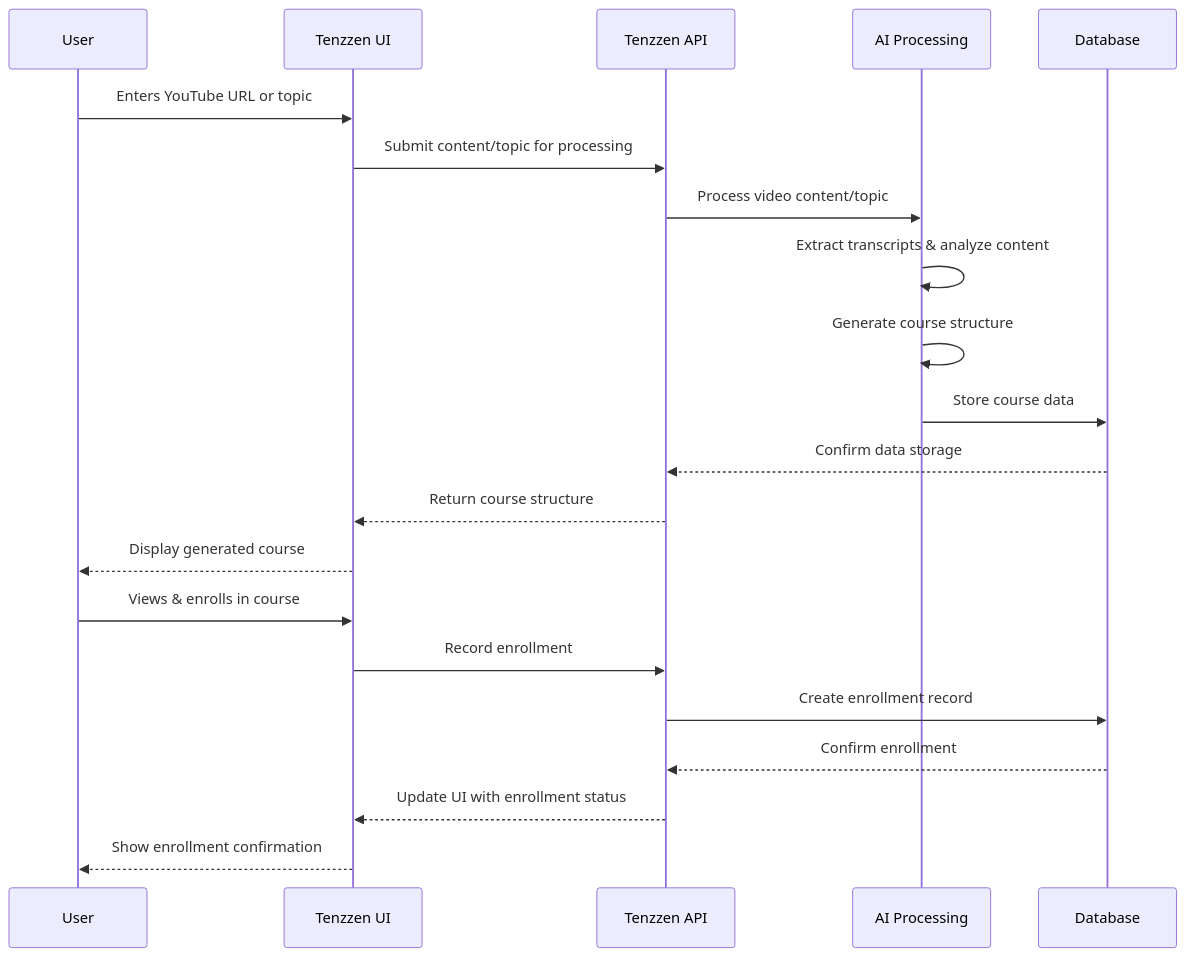
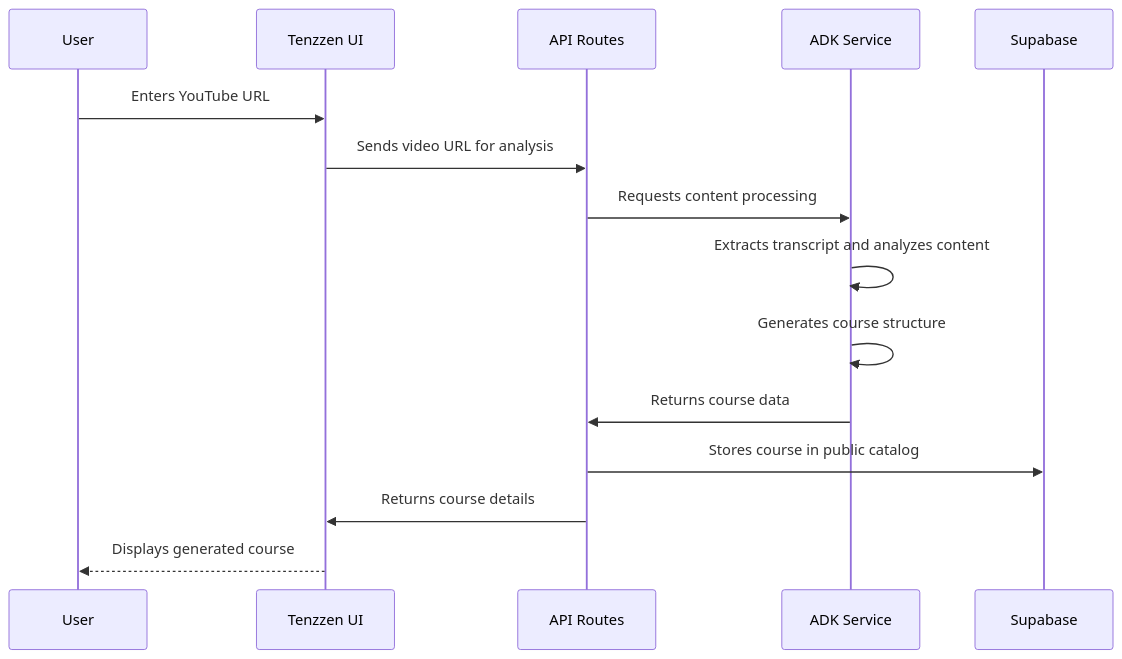
One commit to codeKobby/tenzzen-app changed the second of 6 diagrams in docs/DATABASE_AND_FLOWS.md. Above: the diagram before and after it, drawn with Mermaid. The commit also changed other lines of this file and 55 other files, not shown here.

````diff
--- a/docs/DATABASE_AND_FLOWS.md
+++ b/docs/DATABASE_AND_FLOWS.md
@@ -347,24 +115,18 @@
 ```mermaid
 sequenceDiagram
     participant User
     participant UI as Tenzzen UI
-    participant API as Tenzzen API
-    participant AI as AI Processing
-    participant DB as Database
+    participant API as API Routes
+    participant ADK as ADK Service
+    participant DB as Supabase
 
-    User->>UI: Enters YouTube URL or topic
-    UI->>API: Submit content/topic for processing
-    API->>AI: Process video content/topic
-    AI->>AI: Extract transcripts & analyze content
-    AI->>AI: Generate course structure
-    AI->>DB: Store course data
-    DB-->>API: Confirm data storage
-    API-->>UI: Return course structure
-    UI-->>User: Display generated course
-    User->>UI: Views & enrolls in course
-    UI->>API: Record enrollment
-    API->>DB: Create enrollment record
-    DB-->>API: Confirm enrollment
-    API-->>UI: Update UI with enrollment status
-    UI-->>User: Show enrollment confirmation
+    User->>UI: Enters YouTube URL
+    UI->>API: Sends video URL for analysis
+    API->>ADK: Requests content processing
+    ADK->>ADK: Extracts transcript and analyzes content
+    ADK->>ADK: Generates course structure
+    ADK->>API: Returns course data
+    API->>DB: Stores course in public catalog
+    API->>UI: Returns course details
+    UI-->>User: Displays generated course
 ```
````
